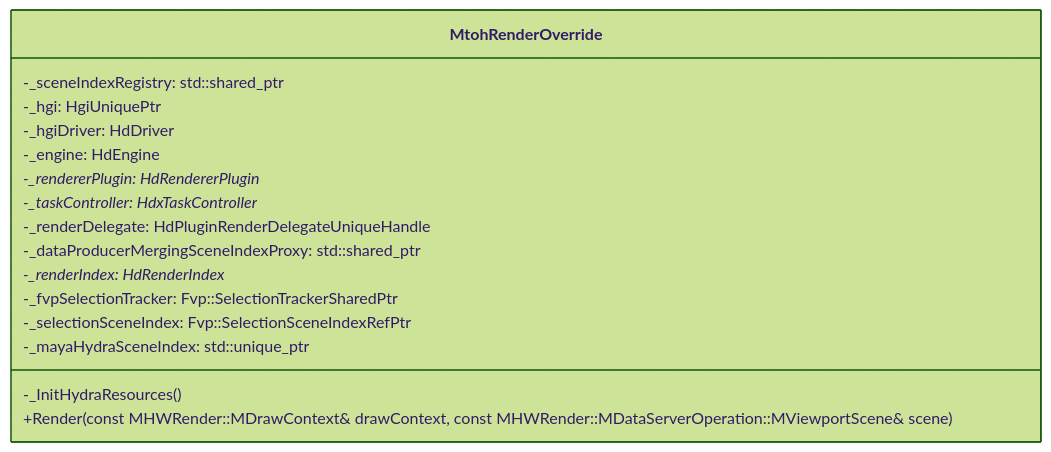
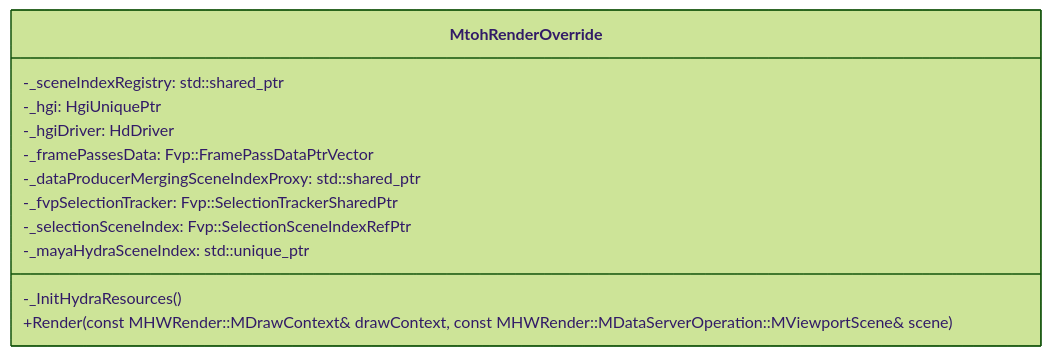
Before and after one commit to Autodesk/maya-hydra: the third of 6 diagrams in doc/mayaHydraDetails.md, drawn with Mermaid (forest theme). The commit also changed other lines of this file, not shown here.

````diff
--- a/doc/mayaHydraDetails.md
+++ b/doc/mayaHydraDetails.md
@@ -78,20 +78,16 @@
 ```mermaid
 classDiagram
 
   class MtohRenderOverride {
     -_InitHydraResources()
     -_sceneIndexRegistry: std::shared_ptr<MayaHydraSceneIndexRegistry>
     -_hgi: HgiUniquePtr
     -_hgiDriver: HdDriver
-    -_engine: HdEngine
-    -_rendererPlugin: HdRendererPlugin*
-    -_taskController: HdxTaskController*
-    -_renderDelegate: HdPluginRenderDelegateUniqueHandle
+    -_framePassesData: Fvp::FramePassDataPtrVector
     -_dataProducerMergingSceneIndexProxy: std::shared_ptr<Fvp::DataProducerMergingSceneIndexProxy>
-    -_renderIndex: HdRenderIndex*
     -_fvpSelectionTracker: Fvp::SelectionTrackerSharedPtr
     -_selectionSceneIndex: Fvp::SelectionSceneIndexRefPtr
     -_mayaHydraSceneIndex: std::unique_ptr<MayaHydraSceneIndex>
     +Render(const MHWRender::MDrawContext& drawContext, const MHWRender::MDataServerOperation::MViewportScene& scene)
   }
 ```
````
